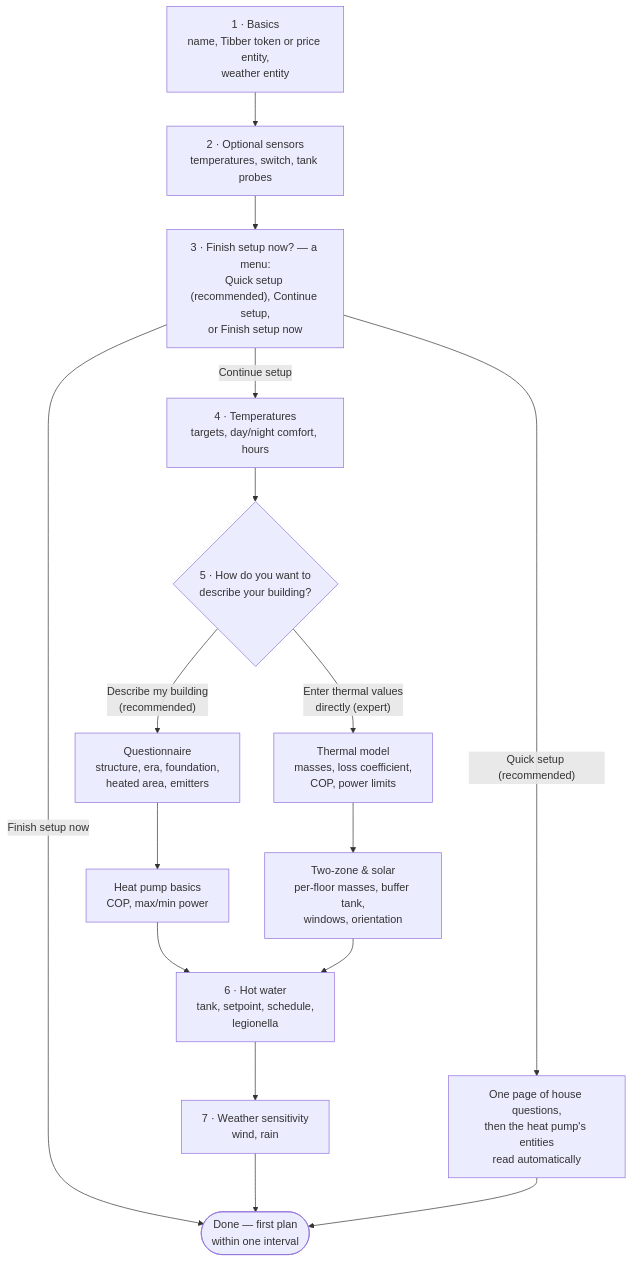
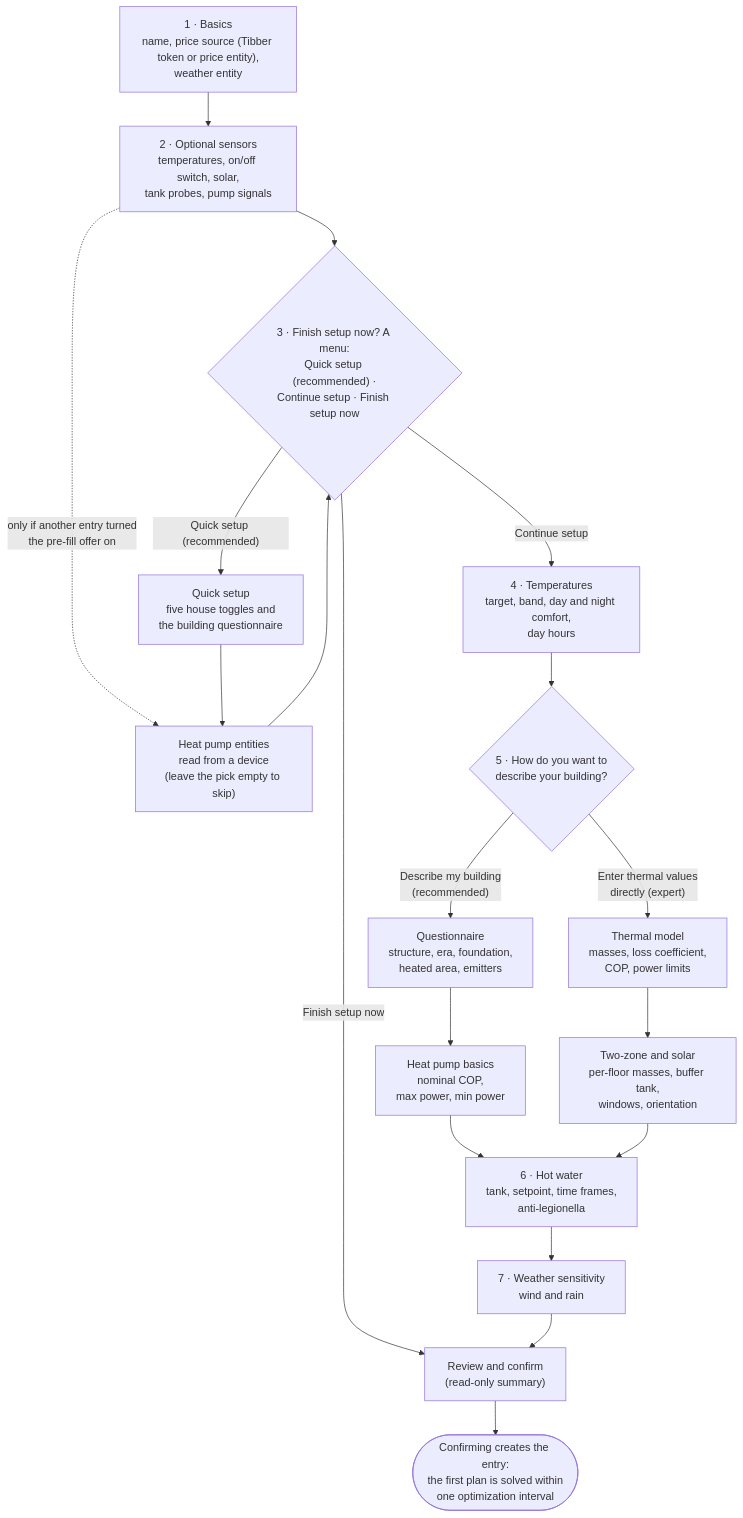
Before and after one commit to tvofi/heatpump_optimizer: the second of 3 diagrams in README.md, drawn with Mermaid. The commit also changed other lines of this file and 7 other files, not shown here.

First line of the commit message:
docs: first page quotes whole sentences, one setup-flow diagram, current card pictures

````diff
--- a/README.md
+++ b/README.md
@@ -342,18 +342,21 @@
 ```mermaid
 flowchart TD
-    A["1 · Basics<br/>name, Tibber token or price entity,<br/>weather entity"] --> B["2 · Optional sensors<br/>temperatures, switch, tank probes"]
-    B --> M["3 · Finish setup now? — a menu:<br/>Quick setup (recommended), Continue setup,<br/>or Finish setup now"]
-    M -- "Quick setup (recommended)" --> Q["One page of house questions,<br/>then the heat pump's entities<br/>read automatically"]
-    M -- "Finish setup now" --> J(["Done — first plan<br/>within one interval"])
-    M -- "Continue setup" --> C["4 · Temperatures<br/>targets, day/night comfort, hours"]
-    C --> D{"5 · How do you want to<br/>describe your building?"}
-    D -- "Describe my building<br/>(recommended)" --> E["Questionnaire<br/>structure, era, foundation,<br/>heated area, emitters"]
-    E --> F["Heat pump basics<br/>COP, max/min power"]
-    D -- "Enter thermal values<br/>directly (expert)" --> G["Thermal model<br/>masses, loss coefficient,<br/>COP, power limits"]
-    G --> H["Two-zone & solar<br/>per-floor masses, buffer tank,<br/>windows, orientation"]
-    F --> I["6 · Hot water<br/>tank, setpoint, schedule,<br/>legionella"]
+    A["1 · Basics<br/>name, price source (Tibber token or price entity),<br/>weather entity"] --> B["2 · Optional sensors<br/>temperatures, on/off switch, solar,<br/>tank probes, pump signals"]
+    B --> M{"3 · Finish setup now? A menu:<br/>Quick setup (recommended) ·<br/>Continue setup · Finish setup now"}
+    B -. "only if another entry turned<br/>the pre-fill offer on" .-> P
+    M -- "Quick setup (recommended)" --> Q["Quick setup<br/>five house toggles and<br/>the building questionnaire"]
+    Q --> P["Heat pump entities<br/>read from a device<br/>(leave the pick empty to skip)"]
+    P --> M
+    M -- "Finish setup now" --> R["Review and confirm<br/>(read-only summary)"]
+    M -- "Continue setup" --> T["4 · Temperatures<br/>target, band, day and night comfort,<br/>day hours"]
+    T --> C{"5 · How do you want to<br/>describe your building?"}
+    C -- "Describe my building<br/>(recommended)" --> E["Questionnaire<br/>structure, era, foundation,<br/>heated area, emitters"]
+    E --> F["Heat pump basics<br/>nominal COP,<br/>max power, min power"]
+    C -- "Enter thermal values<br/>directly (expert)" --> G["Thermal model<br/>masses, loss coefficient,<br/>COP, power limits"]
+    G --> H["Two-zone and solar<br/>per-floor masses, buffer tank,<br/>windows, orientation"]
+    F --> I["6 · Hot water<br/>tank, setpoint, time frames,<br/>anti-legionella"]
     H --> I
-    I --> K["7 · Weather sensitivity<br/>wind, rain"]
-    K --> J
-    Q --> J
+    I --> K["7 · Weather sensitivity<br/>wind and rain"]
+    K --> R
+    R --> J(["Confirming creates the entry:<br/>the first plan is solved within<br/>one optimization interval"])
 ```
````
